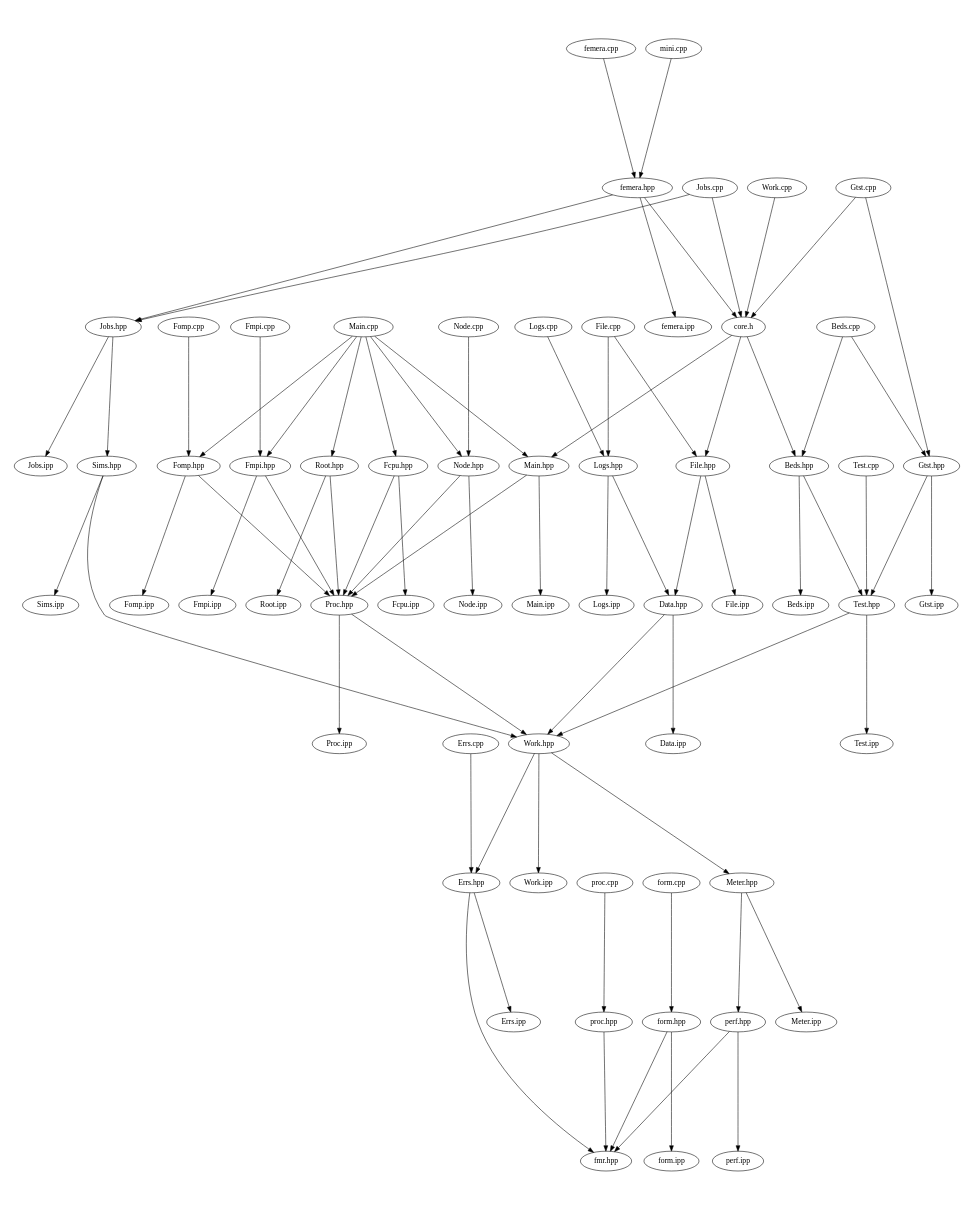
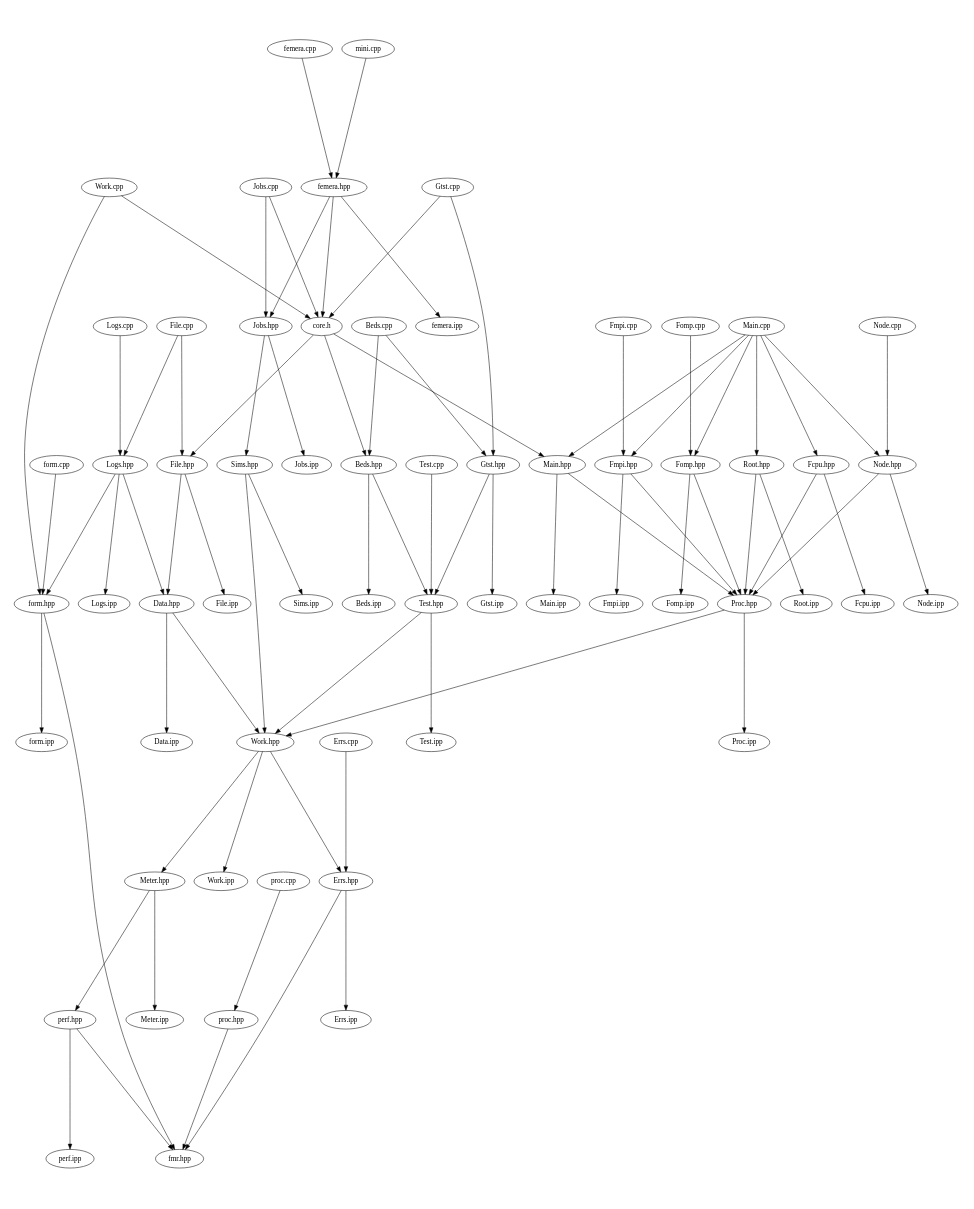
One commit to waggyz/femera-mini-app changed the diagram in src/docs/src-notest.dot. Above: the diagram before and after it, drawn with Graphviz. The commit also changed 12 other files, not shown here.

```diff
--- a/src/docs/src-notest.dot
+++ b/src/docs/src-notest.dot
@@ -1,81 +1,83 @@
 digraph "source tree" {
     overlap=scale;
     size="8,10";
     ratio="fill";
     fontsize="16";
     fontname="Helvetica";
 	clusterrank="local";
 	"Gtst.cpp" -> "core.h"
 	"femera.hpp" -> "Jobs.hpp"
 	"Meter.hpp" -> "perf.hpp"
 	"Main.cpp" -> "Fomp.hpp"
 	"Sims.hpp" -> "Work.hpp"
 	"Errs.cpp" -> "Errs.hpp"
 	"femera.cpp" -> "femera.hpp"
 	"Work.hpp" -> "Errs.hpp"
 	"Fmpi.hpp" -> "Fmpi.ipp"
 	"Sims.hpp" -> "Sims.ipp"
 	"Jobs.hpp" -> "Jobs.ipp"
 	"Fomp.cpp" -> "Fomp.hpp"
 	"Logs.cpp" -> "Logs.hpp"
 	"proc.hpp" -> "fmr.hpp"
 	"Root.hpp" -> "Proc.hpp"
 	"Main.cpp" -> "Node.hpp"
 	"Main.cpp" -> "Main.hpp"
 	"Proc.hpp" -> "Proc.ipp"
 	"Beds.cpp" -> "Gtst.hpp"
 	"Node.cpp" -> "Node.hpp"
 	"Main.cpp" -> "Fmpi.hpp"
 	"core.h" -> "Main.hpp"
 	"Main.cpp" -> "Fcpu.hpp"
 	"Work.cpp" -> "core.h"
 	"perf.hpp" -> "fmr.hpp"
 	"Data.hpp" -> "Data.ipp"
 	"Work.hpp" -> "Work.ipp"
 	"Fmpi.hpp" -> "Proc.hpp"
 	"Test.hpp" -> "Work.hpp"
 	"Node.hpp" -> "Node.ipp"
 	"form.hpp" -> "form.ipp"
 	"Gtst.cpp" -> "Gtst.hpp"
 	"femera.hpp" -> "femera.ipp"
 	"Fcpu.hpp" -> "Proc.hpp"
 	"Fomp.hpp" -> "Proc.hpp"
 	"File.hpp" -> "File.ipp"
 	"Meter.hpp" -> "Meter.ipp"
 	"core.h" -> "File.hpp"
 	"Fomp.hpp" -> "Fomp.ipp"
 	"Logs.hpp" -> "Data.hpp"
 	"Gtst.hpp" -> "Gtst.ipp"
 	"form.cpp" -> "form.hpp"
 	"File.cpp" -> "File.hpp"
 	"perf.hpp" -> "perf.ipp"
 	"proc.cpp" -> "proc.hpp"
 	"Fmpi.cpp" -> "Fmpi.hpp"
 	"File.cpp" -> "Logs.hpp"
 	"core.h" -> "Beds.hpp"
 	"Errs.hpp" -> "fmr.hpp"
 	"Fcpu.hpp" -> "Fcpu.ipp"
 	"Root.hpp" -> "Root.ipp"
 	"Errs.hpp" -> "Errs.ipp"
 	"Main.hpp" -> "Main.ipp"
 	"Test.cpp" -> "Test.hpp"
 	"Beds.cpp" -> "Beds.hpp"
 	"Node.hpp" -> "Proc.hpp"
 	"Main.cpp" -> "Root.hpp"
 	"Jobs.hpp" -> "Sims.hpp"
 	"Jobs.cpp" -> "Jobs.hpp"
 	"Logs.hpp" -> "Logs.ipp"
 	"File.hpp" -> "Data.hpp"
 	"mini.cpp" -> "femera.hpp"
+	"Work.cpp" -> "form.hpp"
 	"Beds.hpp" -> "Test.hpp"
 	"Proc.hpp" -> "Work.hpp"
 	"form.hpp" -> "fmr.hpp"
 	"Gtst.hpp" -> "Test.hpp"
 	"Data.hpp" -> "Work.hpp"
 	"Beds.hpp" -> "Beds.ipp"
 	"femera.hpp" -> "core.h"
 	"Jobs.cpp" -> "core.h"
 	"Work.hpp" -> "Meter.hpp"
+	"Logs.hpp" -> "form.hpp"
 	"Main.hpp" -> "Proc.hpp"
 	"Test.hpp" -> "Test.ipp"
 }
```
